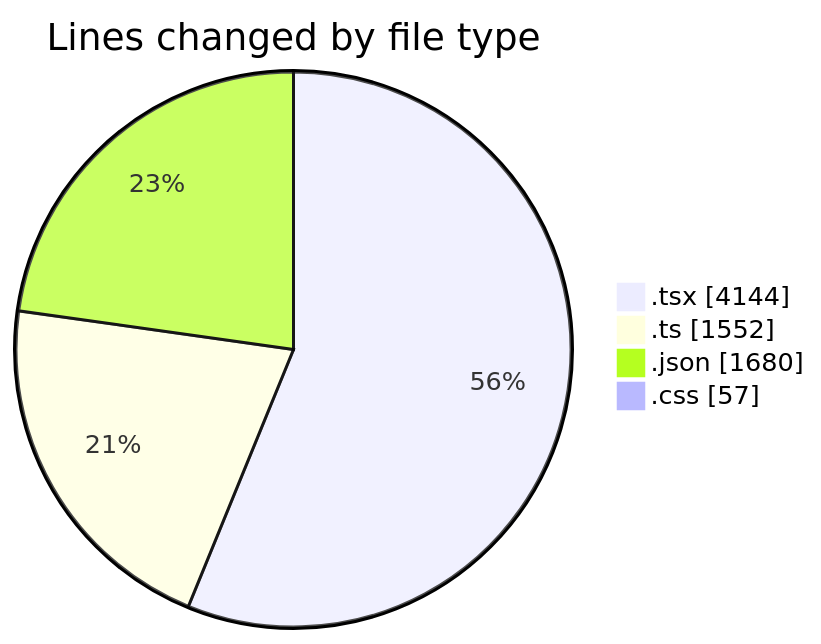
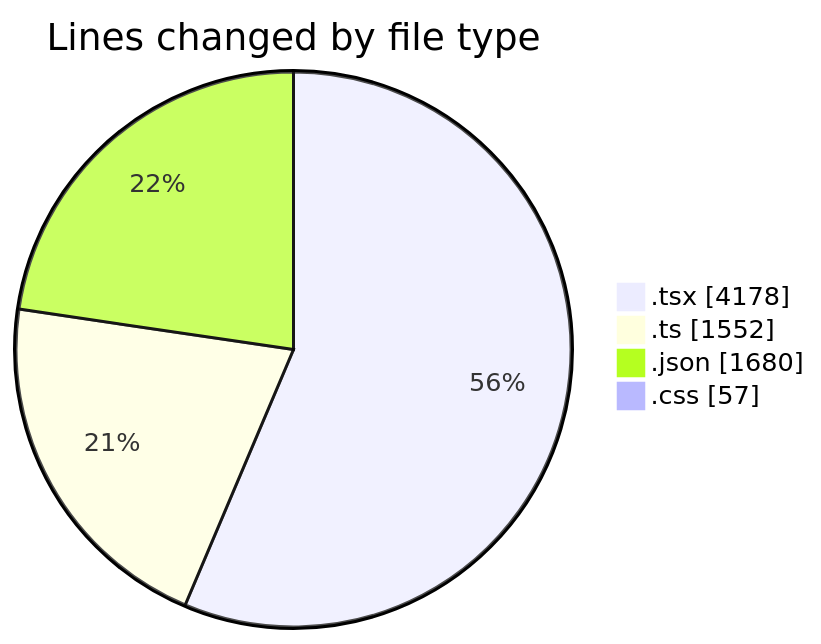
Before and after one commit to julien-gomy/code-tracking: the first of 2 diagrams in 2025-10-09/eventscop-frontend-guide__workspace_/README.md, drawn with Mermaid. The commit also changed other lines of this file and 1 other file, not shown here.

````diff
--- a/2025-10-09/eventscop-frontend-guide__workspace_/README.md
+++ b/2025-10-09/eventscop-frontend-guide__workspace_/README.md
@@ -58,8 +58,8 @@
 ```mermaid
 pie showData
 title Lines changed by file type
-".tsx" : 4144
+".tsx" : 4178
 ".ts" : 1552
 ".json" : 1680
 ".css" : 57
 ```
````
